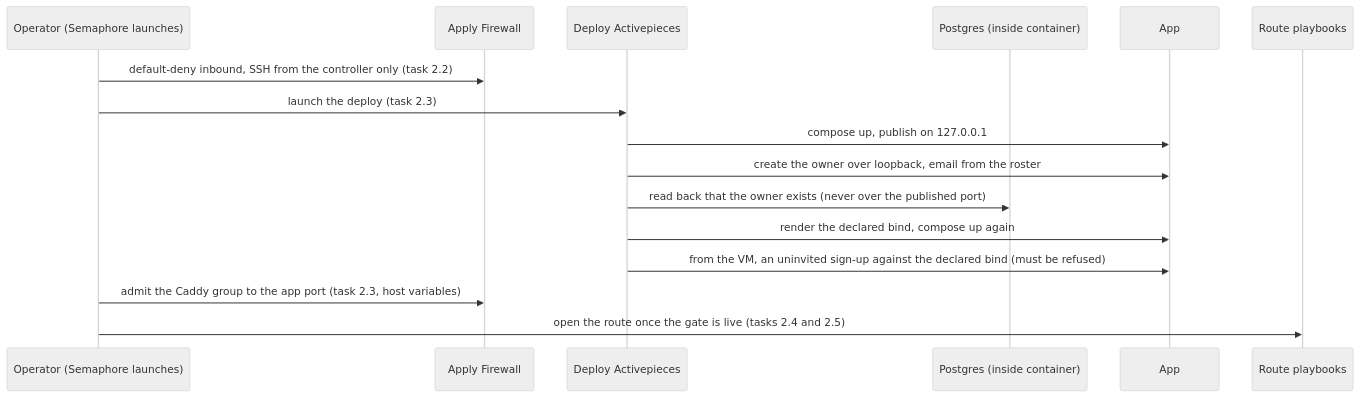
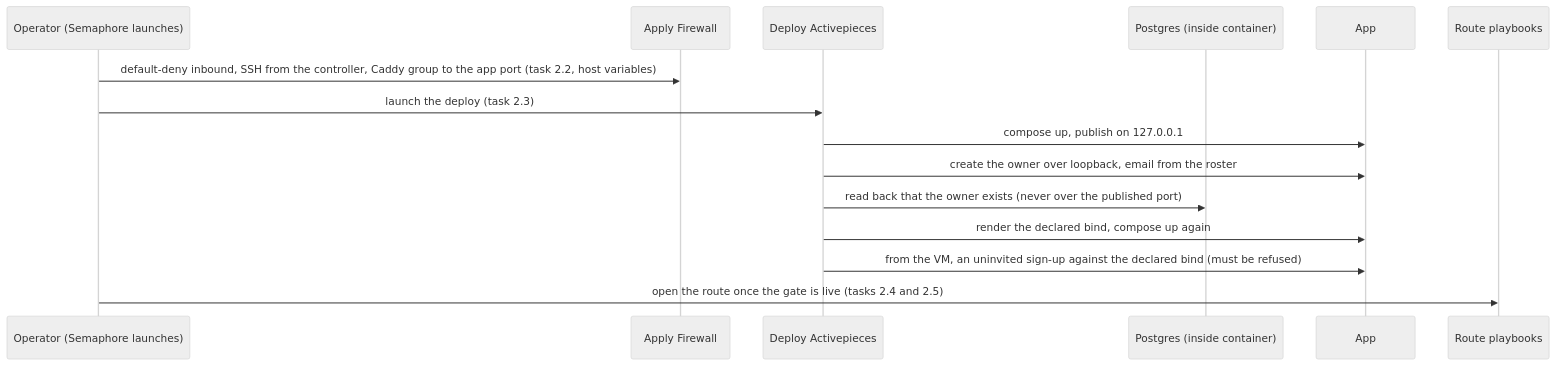
One commit to uhstray-io/agent-cloud changed the second of 2 diagrams in plan/development/26-activepieces.md. Above: the diagram before and after it, drawn with Mermaid (neutral theme). The commit also changed other lines of this file and 3 other files, not shown here.

````diff
--- a/plan/development/26-activepieces.md
+++ b/plan/development/26-activepieces.md
@@ -151,18 +151,17 @@
 ```mermaid
 sequenceDiagram
     participant O as Operator (Semaphore launches)
     participant F as Apply Firewall
     participant S as Deploy Activepieces
     participant D as Postgres (inside container)
     participant A as App
     participant C as Route playbooks
-    O->>F: default-deny inbound, SSH from the controller only (task 2.2)
+    O->>F: default-deny inbound, SSH from the controller, Caddy group to the app port (task 2.2, host variables)
     O->>S: launch the deploy (task 2.3)
     S->>A: compose up, publish on 127.0.0.1
     S->>A: create the owner over loopback, email from the roster
     S->>D: read back that the owner exists (never over the published port)
     S->>A: render the declared bind, compose up again
     S->>A: from the VM, an uninvited sign-up against the declared bind (must be refused)
-    O->>F: admit the Caddy group to the app port (task 2.3, host variables)
     O->>C: open the route once the gate is live (tasks 2.4 and 2.5)
 ```
````
